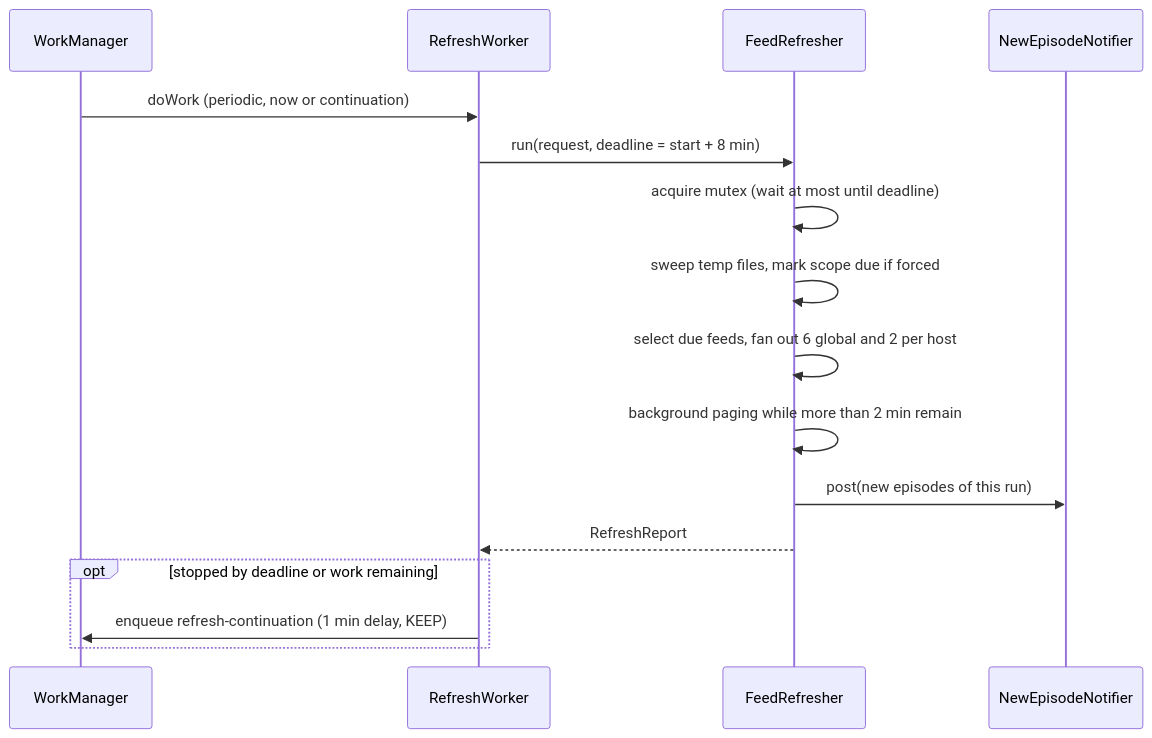
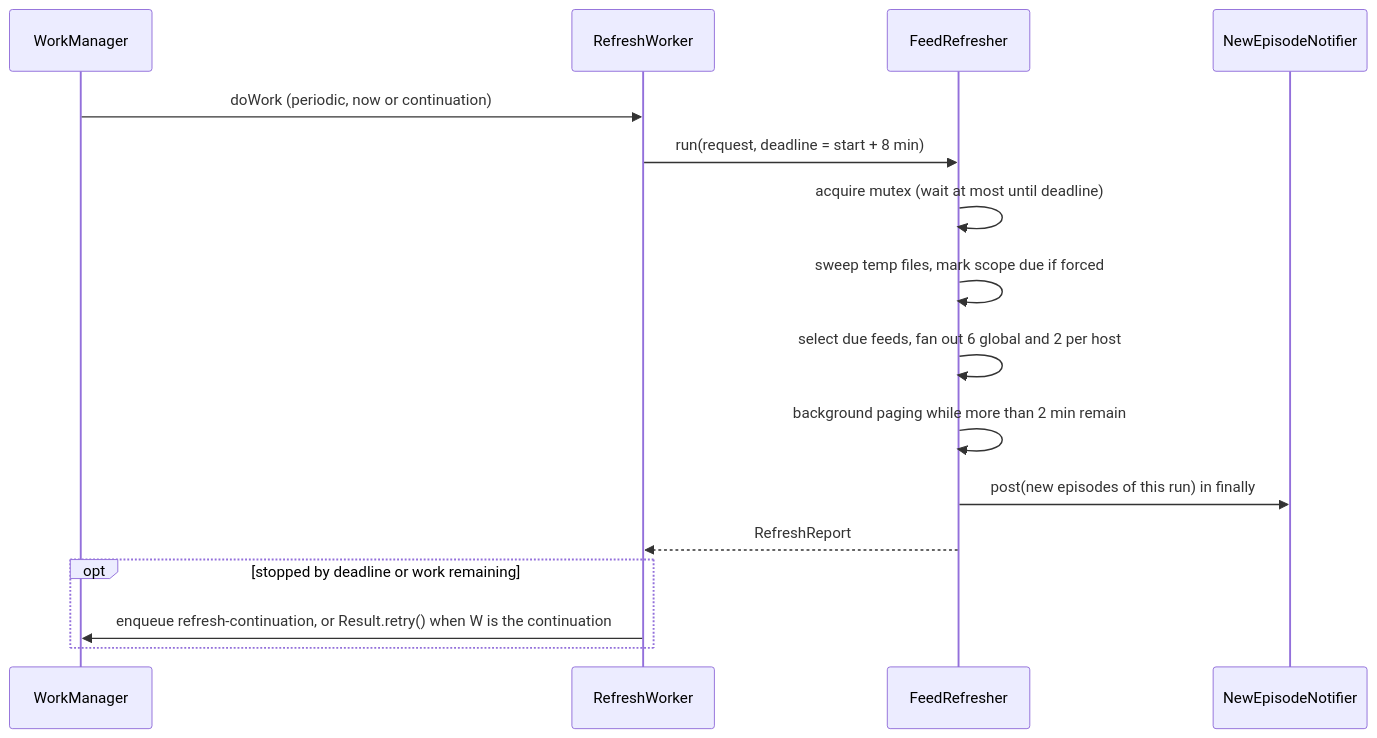
Before and after one commit to BigBoyDevBox/Neutrodyne: the third of 5 diagrams in docs/design/03-feeds-and-discovery.md, drawn with Mermaid. The commit also changed other lines of this file and 1 other file, not shown here.

````diff
--- a/docs/design/03-feeds-and-discovery.md
+++ b/docs/design/03-feeds-and-discovery.md
@@ -700,18 +742,18 @@
 ```mermaid
 sequenceDiagram
   participant WM as WorkManager
   participant W as RefreshWorker
   participant R as FeedRefresher
   participant N as NewEpisodeNotifier
   WM->>W: doWork (periodic, now or continuation)
   W->>R: run(request, deadline = start + 8 min)
   R->>R: acquire mutex (wait at most until deadline)
   R->>R: sweep temp files, mark scope due if forced
   R->>R: select due feeds, fan out 6 global and 2 per host
   R->>R: background paging while more than 2 min remain
-  R->>N: post(new episodes of this run)
+  R->>N: post(new episodes of this run) in finally
   R-->>W: RefreshReport
   opt stopped by deadline or work remaining
-    W->>WM: enqueue refresh-continuation (1 min delay, KEEP)
+    W->>WM: enqueue refresh-continuation, or Result.retry() when W is the continuation
   end
 ```
````
